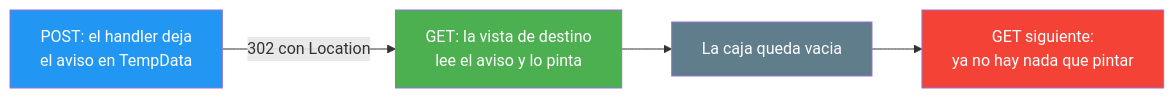
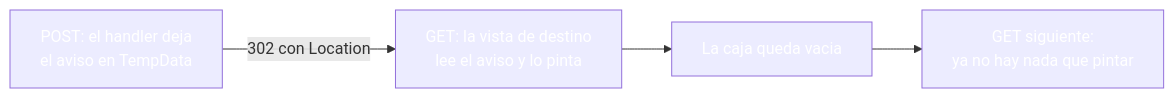
The third of 4 diagrams in 17-estado-app.md (joseluisgs/DesarrolloWebEntornosServidor-03-2026-2027), drawn with Mermaid before and after one commit. The commit also changed other lines of this file and 30 other files, not shown here.

````diff
--- a/17-estado-app.md
+++ b/17-estado-app.md
@@ -206,10 +206,10 @@
 ```mermaid
 graph LR
     A["POST: el handler deja<br/>el aviso en TempData"] -->|"302 con Location"| B["GET: la vista de destino<br/>lee el aviso y lo pinta"]
     B --> C["La caja queda vacia"]
     C --> D["GET siguiente:<br/>ya no hay nada que pintar"]
-    style A fill:#2196F3,color:#fff
-    style B fill:#4CAF50,color:#fff
-    style C fill:#607D8B,color:#fff
-    style D fill:#f44336,color:#fff
+    style A fill:#2196F,color:#fff3,color:#fff
+    style B fill:#4CAF5,color:#fff0,color:#fff
+    style C fill:#607D8,color:#fffB,color:#fff
+    style D fill:#f4433,color:#fff6,color:#fff
 ```
````
